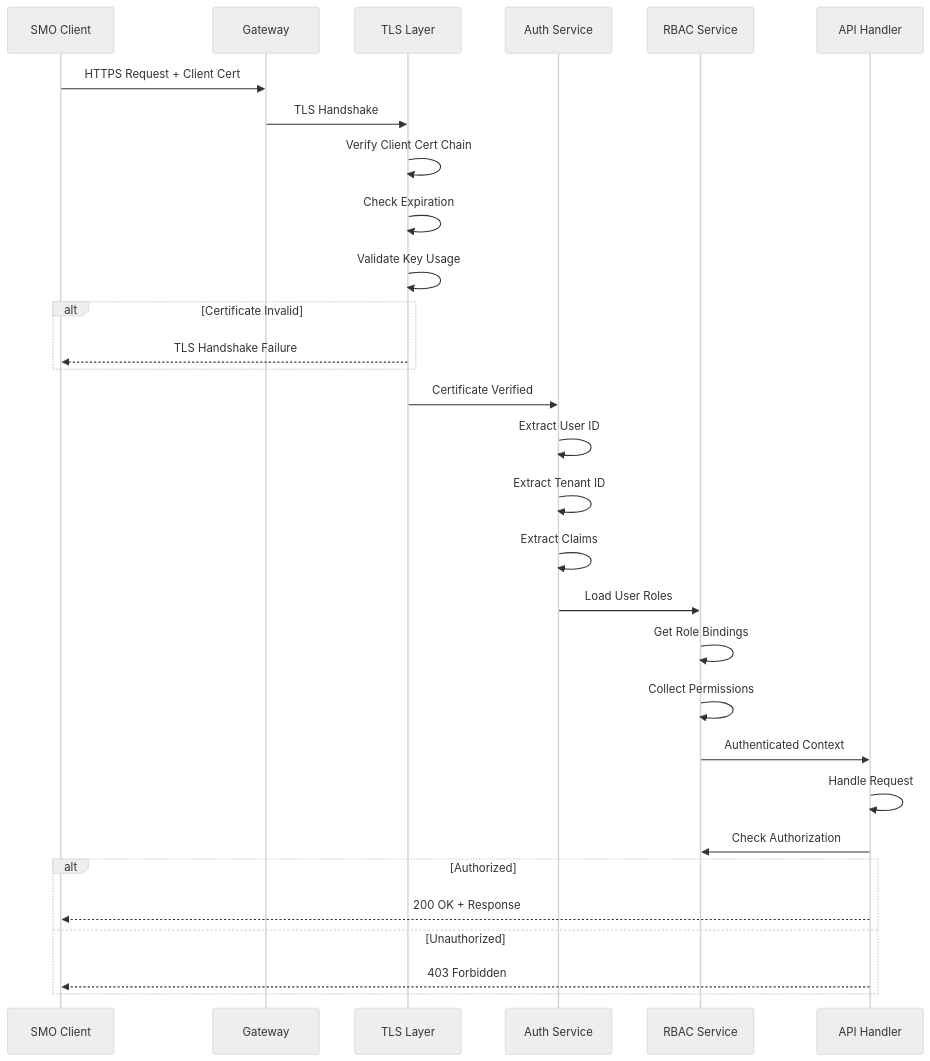
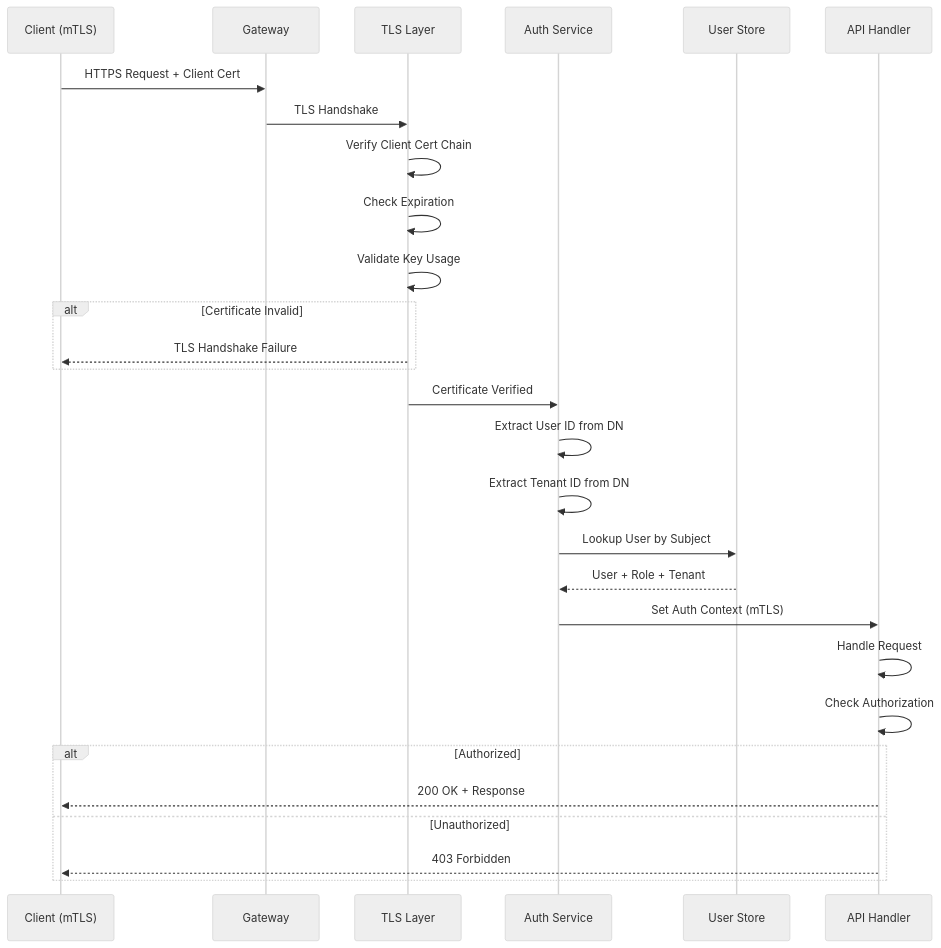
The second of 3 diagrams in docs/security/authentication.md (piwi3910/netweave), drawn with Mermaid (neutral theme) before and after one commit. The commit also changed other lines of this file and 3 other files, not shown here.

````diff
--- a/docs/security/authentication.md
+++ b/docs/security/authentication.md
@@ -366,38 +729,35 @@
 ```mermaid
 sequenceDiagram
-    participant Client as SMO Client
+    participant Client as Client (mTLS)
     participant GW as Gateway
     participant TLS as TLS Layer
     participant Auth as Auth Service
-    participant RBAC as RBAC Service
+    participant Store as User Store
     participant API as API Handler
 
     Client->>GW: HTTPS Request + Client Cert
     GW->>TLS: TLS Handshake
     TLS->>TLS: Verify Client Cert Chain
     TLS->>TLS: Check Expiration
     TLS->>TLS: Validate Key Usage
 
     alt Certificate Invalid
         TLS-->>Client: TLS Handshake Failure
     end
 
     TLS->>Auth: Certificate Verified
-    Auth->>Auth: Extract User ID
-    Auth->>Auth: Extract Tenant ID
-    Auth->>Auth: Extract Claims
+    Auth->>Auth: Extract User ID from DN
+    Auth->>Auth: Extract Tenant ID from DN
+    Auth->>Store: Lookup User by Subject
+    Store-->>Auth: User + Role + Tenant
 
-    Auth->>RBAC: Load User Roles
-    RBAC->>RBAC: Get Role Bindings
-    RBAC->>RBAC: Collect Permissions
-
-    RBAC->>API: Authenticated Context
+    Auth->>API: Set Auth Context (mTLS)
     API->>API: Handle Request
-    API->>RBAC: Check Authorization
+    API->>API: Check Authorization
 
     alt Authorized
         API-->>Client: 200 OK + Response
     else Unauthorized
         API-->>Client: 403 Forbidden
     end
 ```
````
